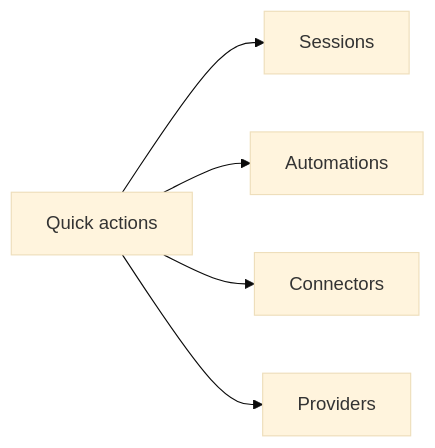
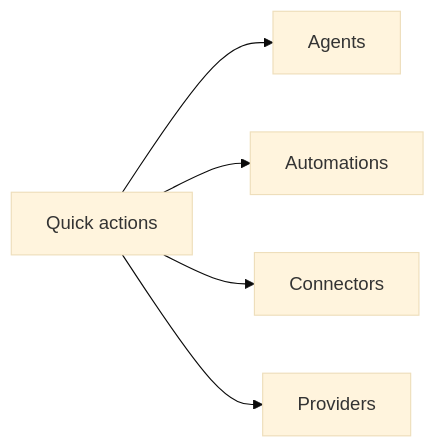
Before and after one commit to ex3ndr/claybot: the seventh of 8 diagrams in docs/dashboard.md, drawn with Mermaid (base theme). The commit also changed other lines of this file and 138 other files, not shown here.

````diff
--- a/docs/dashboard.md
+++ b/docs/dashboard.md
@@ -81,7 +92,7 @@
 ```mermaid
 flowchart LR
-  Actions[Quick actions] --> Sessions[Sessions]
+  Actions[Quick actions] --> Agents[Agents]
   Actions --> Automations[Automations]
   Actions --> Connectors[Connectors]
   Actions --> Providers[Providers]
 ```
````
